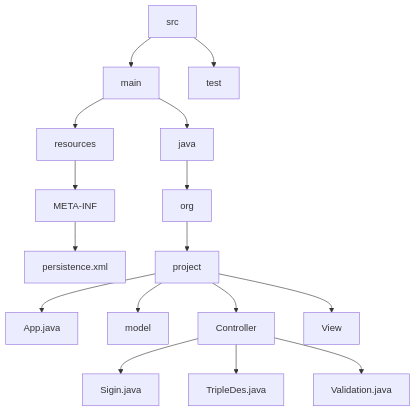
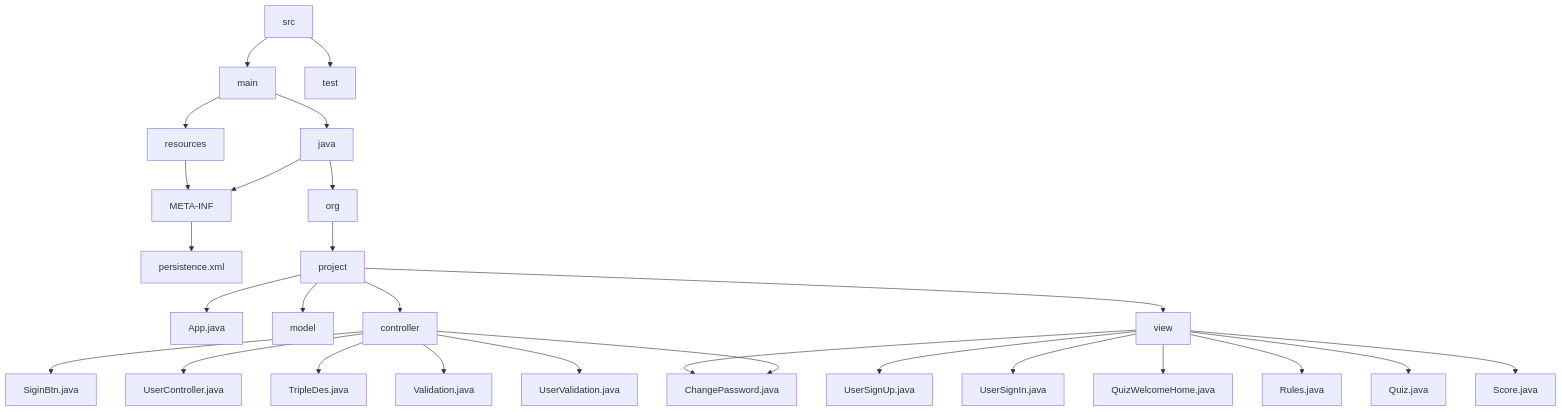
One commit to sawan848/swing-quiz-app changed the diagram in mermaid.md. Above: the diagram before and after it, drawn with Mermaid.

````diff
--- a/mermaid.md
+++ b/mermaid.md
@@ -1,19 +1,31 @@
  ```mermaid
     graph TD;
         src-->main;
         src-->test;
         main-->java;
         main-->resources;
         resources-->META-INF;
         META-INF-->persistence.xml;
-        java-->org;
+        java-->org; 
+        java-->META-INF;
         org-->project;
         project-->App.java;
         project-->model;
-        project-->Controller;
-        project-->View;
-        Controller-->Sigin.java;
-        Controller-->TripleDes.java
-        Controller-->Validation.java
+        project-->controller;
+        project-->view;
+        view-->UserSignUp.java
+        view-->UserSignIn.java
+        view-->QuizWelcomeHome.java
+        view-->Rules.java;
+        view-->Quiz.java;
+        view-->Score.java;
+        view-->ChangePassword.java
+        controller-->SiginBtn.java;
+        controller-->UserController.java;
+        controller-->TripleDes.java;
+        controller-->Validation.java;
+        controller-->UserValidation.java;
+        controller-->ChangePassword.java;
+        
         
 ```
````
